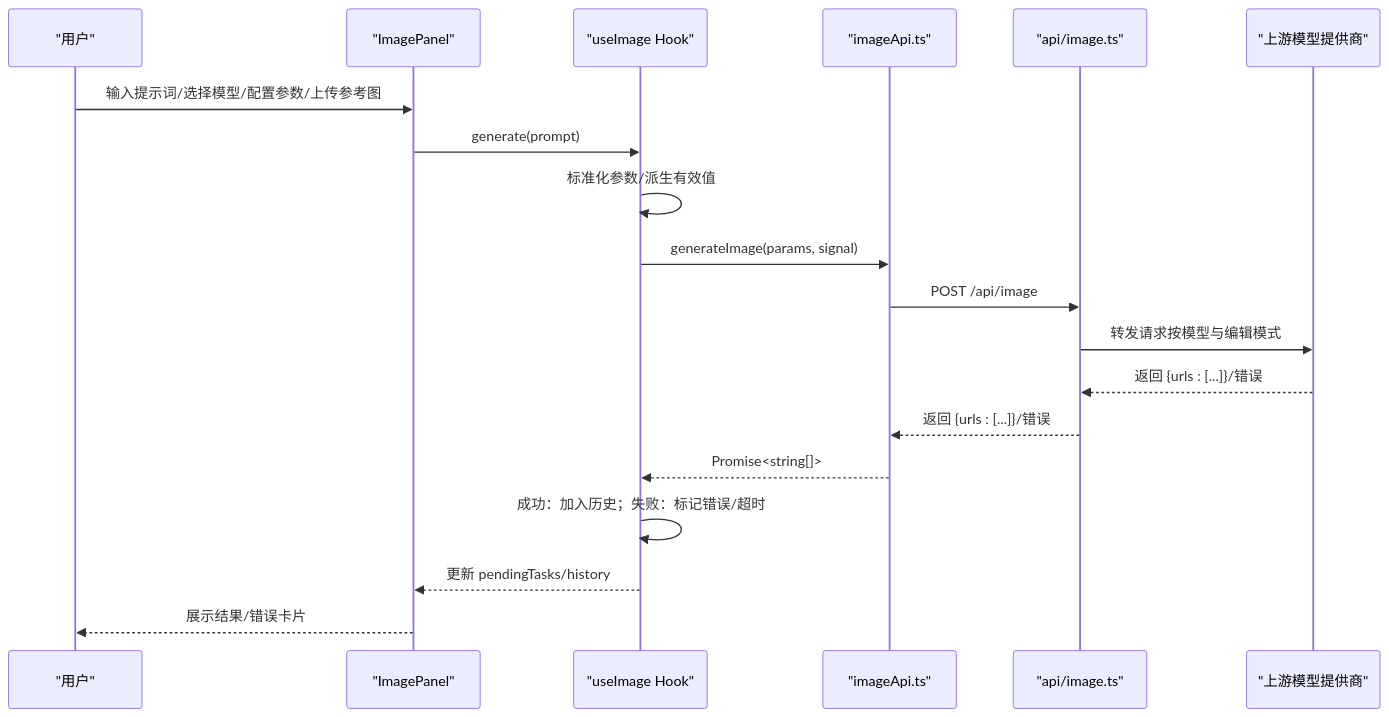
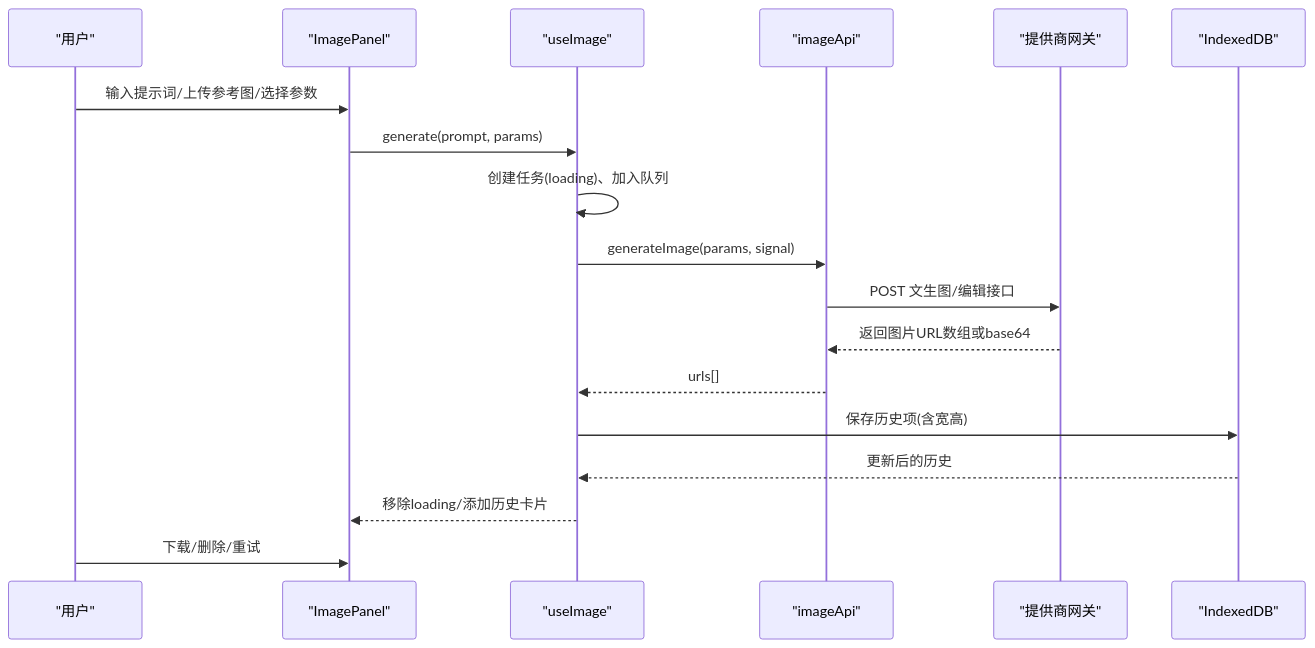
One commit to billye220670/AIShop changed the second of 6 diagrams in .qoder/repowiki/zh/content/图像生成功能/图像生成功能.md. Above: the diagram before and after it, drawn with Mermaid. The commit also changed other lines of this file and 135 other files, not shown here.

````diff
--- a/.qoder/repowiki/zh/content/图像生成功能/图像生成功能.md
+++ b/.qoder/repowiki/zh/content/图像生成功能/图像生成功能.md
@@ -108,21 +71,20 @@
 ```mermaid
 sequenceDiagram
 participant U as "用户"
-participant UI as "ImagePanel"
-participant H as "useImage Hook"
-participant FE as "imageApi.ts"
-participant BE as "api/image.ts"
-participant UP as "上游模型提供商"
-U->>UI : 输入提示词/选择模型/配置参数/上传参考图
-UI->>H : generate(prompt)
-H->>H : 标准化参数/派生有效值
-H->>FE : generateImage(params, signal)
-FE->>BE : POST /api/image
-BE->>UP : 转发请求按模型与编辑模式
-UP-->>BE : 返回 {urls : [...]}/错误
-BE-->>FE : 返回 {urls : [...]}/错误
-FE-->>H : Promise<string[]>
-H->>H : 成功：加入历史；失败：标记错误/超时
-H-->>UI : 更新 pendingTasks/history
-UI-->>U : 展示结果/错误卡片
+participant P as "ImagePanel"
+participant H as "useImage"
+participant A as "imageApi"
+participant S as "提供商网关"
+participant D as "IndexedDB"
+U->>P : 输入提示词/上传参考图/选择参数
+P->>H : generate(prompt, params)
+H->>H : 创建任务(loading)、加入队列
+H->>A : generateImage(params, signal)
+A->>S : POST 文生图/编辑接口
+S-->>A : 返回图片URL数组或base64
+A-->>H : urls[]
+H->>D : 保存历史项(含宽高)
+D-->>H : 更新后的历史
+H-->>P : 移除loading/添加历史卡片
+U->>P : 下载/删除/重试
 ```
````
